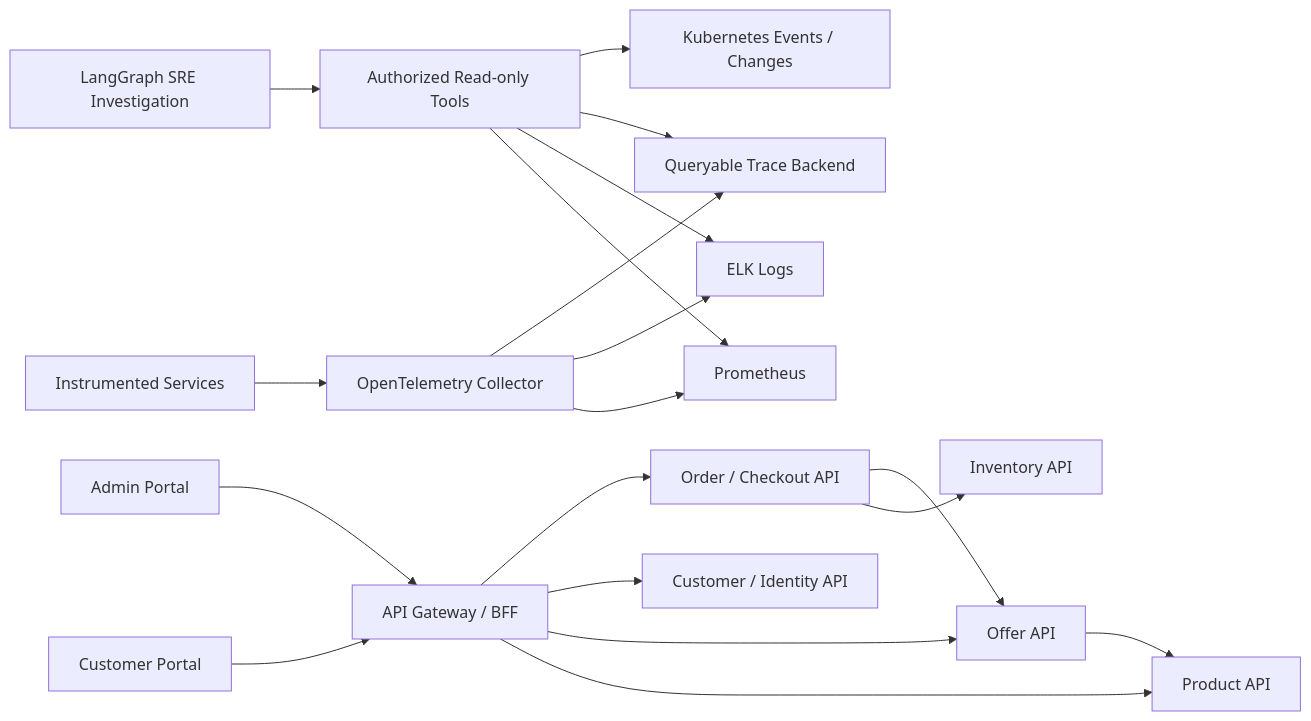
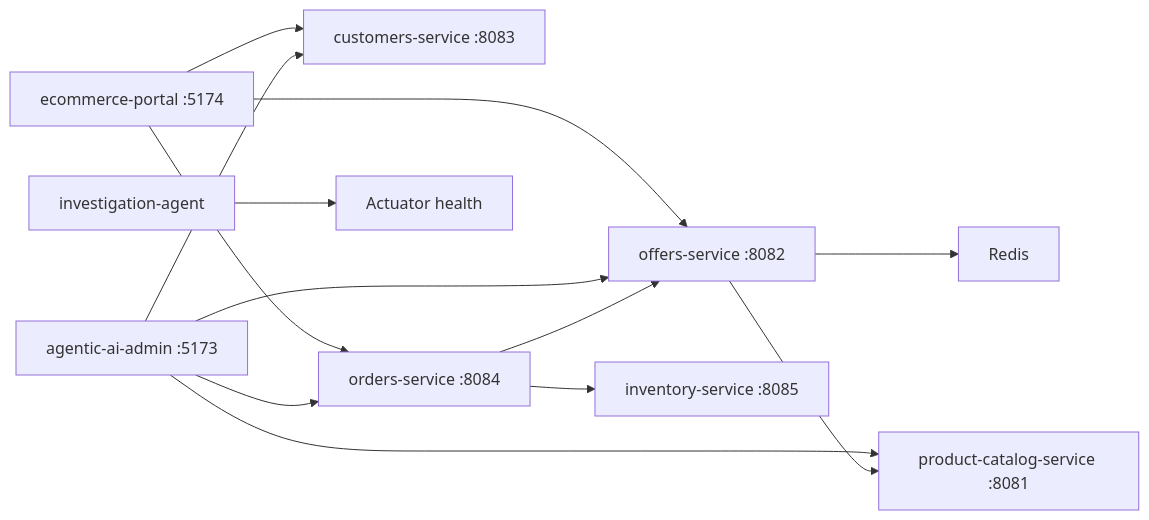
One commit to javakishore-veleti/AWS-Agentic-AI-SRE-Incident-Intelligence changed the diagram in ARCHITECTURE.md. Above: the diagram before and after it, drawn with Mermaid. The commit also changed other lines of this file and 2 other files, not shown here.

First line of the commit message:
Align the guidance with the commerce services that exist.

````diff
--- a/ARCHITECTURE.md
+++ b/ARCHITECTURE.md
@@ -11,21 +27,15 @@
 ```mermaid
 flowchart LR
-  Customer[Customer Portal] --> Gateway[API Gateway / BFF]
-  Admin[Admin Portal] --> Gateway
-  Gateway --> Products[Product API]
-  Gateway --> Offers[Offer API]
-  Gateway --> Identity[Customer / Identity API]
-  Gateway --> Orders[Order / Checkout API]
-  Orders --> Inventory[Inventory API]
-  Offers --> Products
+  Shop[ecommerce-portal :5174] --> Customers[customers-service :8083]
+  Shop --> Offers[offers-service :8082]
+  Shop --> Orders[orders-service :8084]
+  Desk[agentic-ai-admin :5173] --> Catalog[product-catalog-service :8081]
+  Desk --> Offers
+  Desk --> Customers
+  Desk --> Orders
   Orders --> Offers
-  Services[Instrumented Services] --> OTel[OpenTelemetry Collector]
-  OTel --> Prom[Prometheus]
-  OTel --> ELK[ELK Logs]
-  OTel --> Traces[Queryable Trace Backend]
-  Agent[LangGraph SRE Investigation] --> ReadOnly[Authorized Read-only Tools]
-  ReadOnly --> Prom
-  ReadOnly --> ELK
-  ReadOnly --> Traces
-  ReadOnly --> K8s[Kubernetes Events / Changes]
+  Orders --> Inventory[inventory-service :8085]
+  Offers --> Catalog
+  Offers --> Redis[Redis]
+  Agent[investigation-agent] --> Health[Actuator health]
 ```
````
